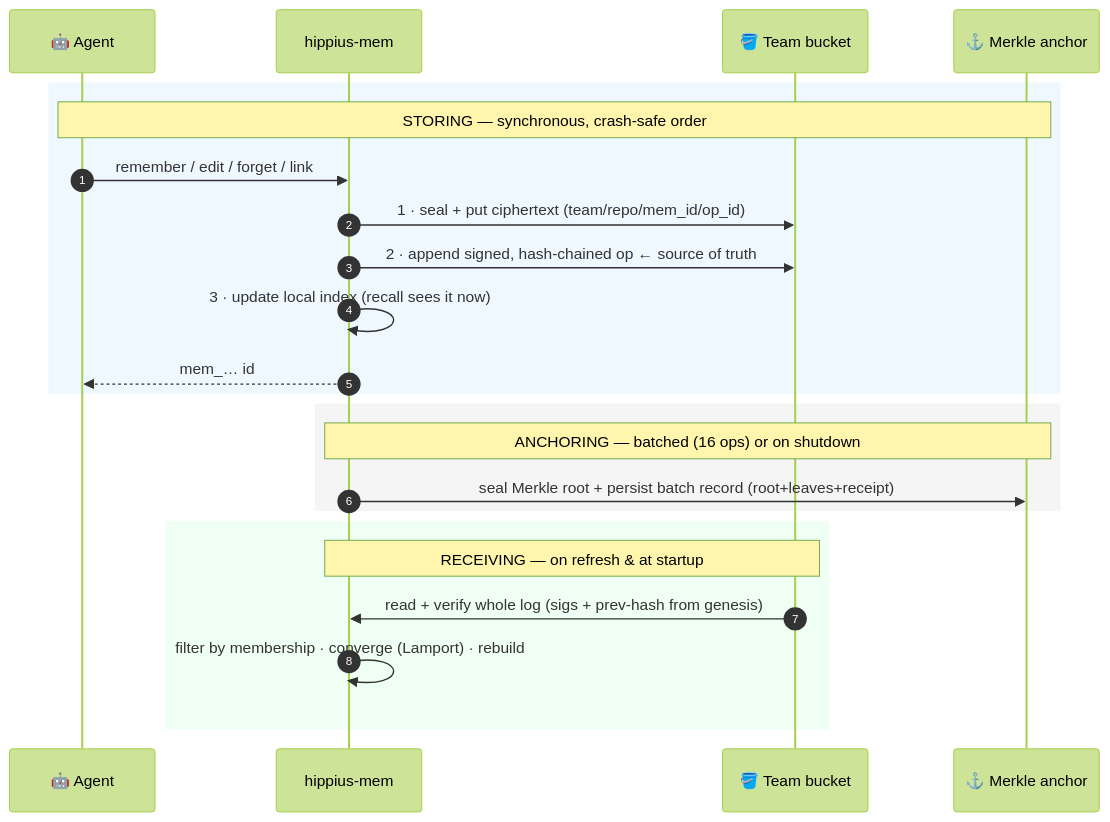
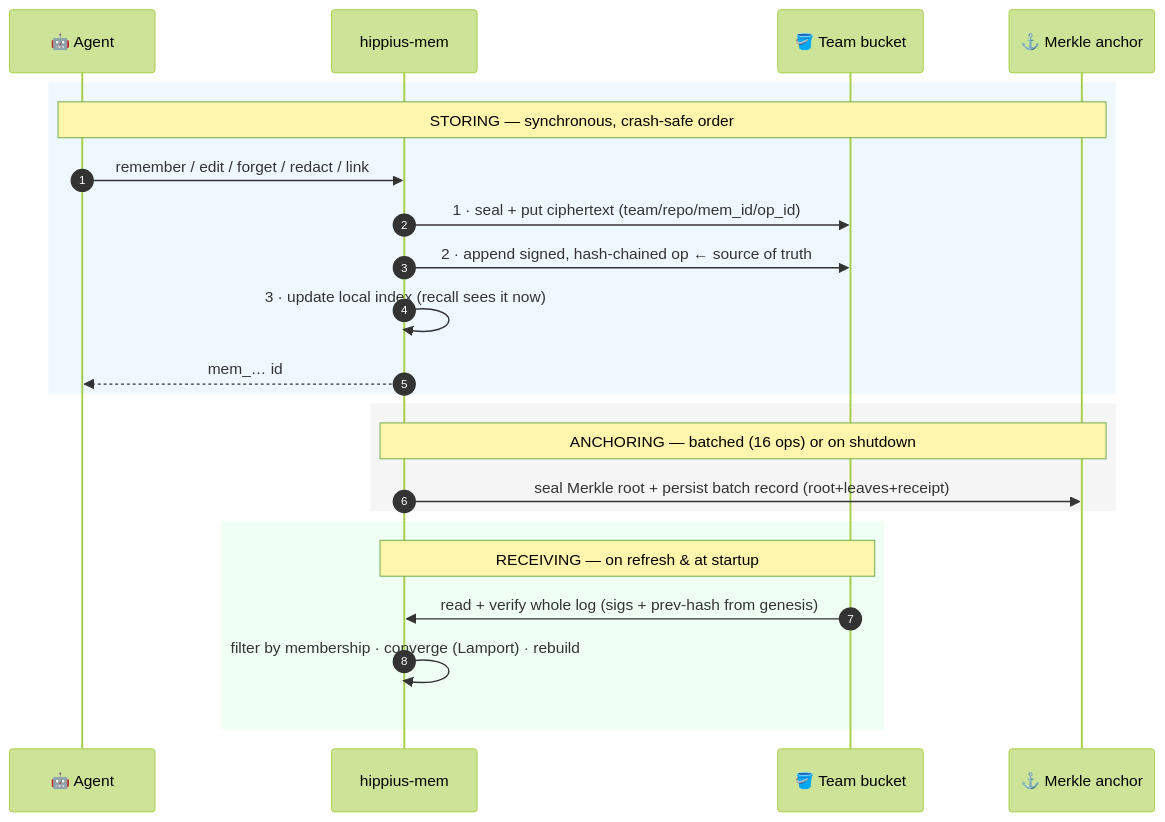
Before and after one commit to thenervelab/hippius-mem: the diagram in docs/SECURITY.md, drawn with Mermaid (forest theme). The commit also changed other lines of this file and 2 other files, not shown here.

````diff
--- a/docs/SECURITY.md
+++ b/docs/SECURITY.md
@@ -343,28 +348,28 @@
 ```mermaid
 sequenceDiagram
     autonumber
     participant A as 🤖 Agent
     participant S as hippius-mem
     participant B as 🪣 Team bucket
     participant C as ⚓ Merkle anchor
 
     rect rgb(240, 248, 255)
     Note over A,C: STORING — synchronous, crash-safe order
-    A->>S: remember / edit / forget / link
+    A->>S: remember / edit / forget / redact / link
     S->>B: 1 · seal + put ciphertext (team/repo/mem_id/op_id)
     S->>B: 2 · append signed, hash-chained op ← source of truth
     S->>S: 3 · update local index (recall sees it now)
     S-->>A: mem_… id
     end
 
     rect rgb(245, 245, 245)
     Note over S,C: ANCHORING — batched (16 ops) or on shutdown
     S->>C: seal Merkle root + persist batch record (root+leaves+receipt)
     end
 
     rect rgb(240, 255, 244)
     Note over B,S: RECEIVING — on refresh & at startup
     B->>S: read + verify whole log (sigs + prev-hash from genesis)
     S->>S: filter by membership · converge (Lamport) · rebuild
     end
 ```
````
